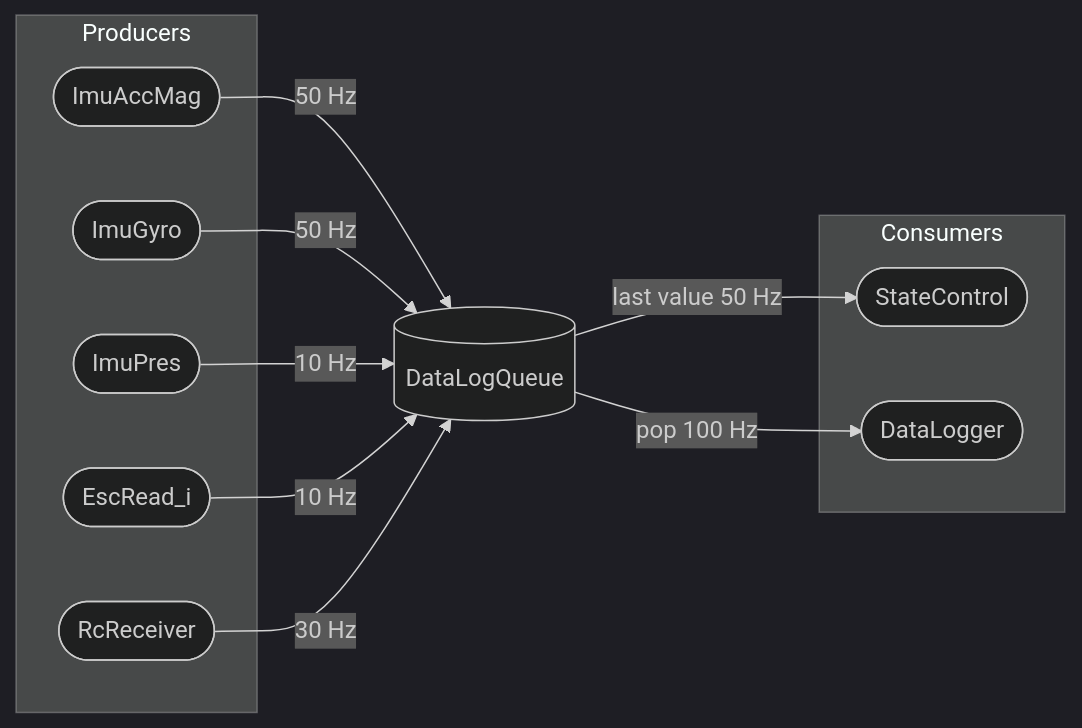
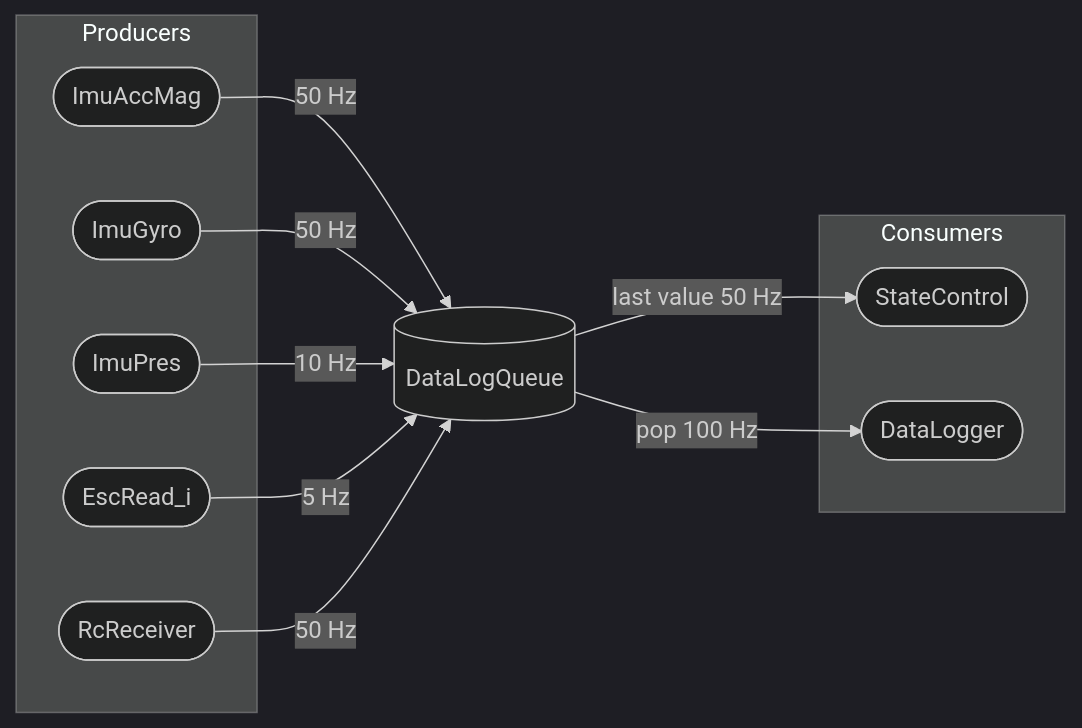
The first of 2 diagrams in doc/source/drone.rst (real-tintin/ugglan), drawn with Mermaid (dark theme) before and after one commit. The commit also changed 19 other files, not shown here.

```diff
--- a/doc/source/drone.rst
+++ b/doc/source/drone.rst
@@ -21,37 +21,37 @@
 .. mermaid::
     :caption: Overview of the drone software design. Tasks are stadium-shaped nodes.
 
     graph LR
         ImuAccMag([ImuAccMag])
         ImuGyro([ImuGyro])
         ImuPres([ImuPres])
 
         EscRead_i([EscRead_i])
         RcReceiver([RcReceiver])
 
         DataLogQueue[(DataLogQueue)]
 
         StateControl([StateControl])
         DataLogger([DataLogger])
 
         ImuAccMag -- 50 Hz --> DataLogQueue
         ImuGyro -- 50 Hz --> DataLogQueue
         ImuPres -- 10 Hz --> DataLogQueue
-        EscRead_i -- 10 Hz --> DataLogQueue
-        RcReceiver -- 30 Hz --> DataLogQueue
+        EscRead_i -- 5 Hz --> DataLogQueue
+        RcReceiver -- 50 Hz --> DataLogQueue
 
         DataLogQueue -- last value 50 Hz--> StateControl
         DataLogQueue -- pop 100 Hz --> DataLogger
 
         subgraph Producers
         ImuAccMag
         ImuGyro
         ImuPres
         EscRead_i
         RcReceiver
         end
 
         subgraph Consumers
         StateControl
         DataLogger
         end
```
